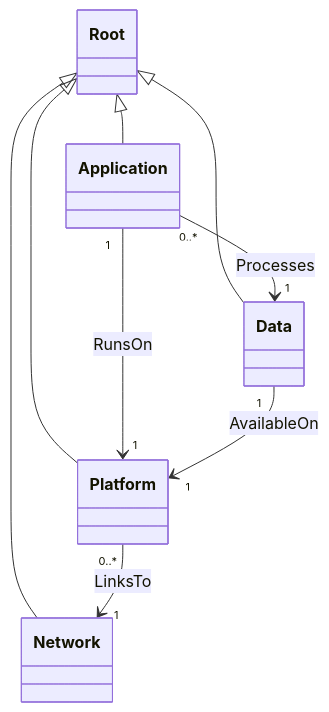
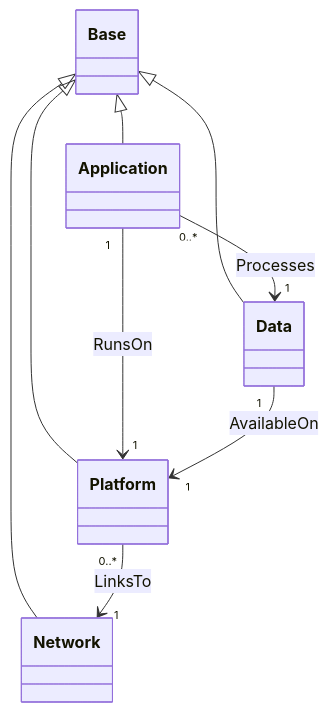
The diagram in profiles/community/tosca/base/README.md (oasis-open/tosca-community-contributions), drawn with Mermaid before and after one commit. The commit also changed other lines of this file, not shown here.

Commit message:
Minor edits

````diff
--- a/profiles/community/tosca/base/README.md
+++ b/profiles/community/tosca/base/README.md
@@ -13,11 +13,11 @@
 ```mermaid
 classDiagram
-    Root <|-- Data
-    Root <|-- Application
-    Root <|-- Network
-    Root <|-- Platform
+    Base <|-- Data
+    Base <|-- Application
+    Base <|-- Network
+    Base <|-- Platform
     Application "0..*" --> "1" Data:Processes
     Application "1" --> "1" Platform:RunsOn
     Platform "0..*" --> "1" Network:LinksTo
     Data "1" --> "1" Platform:AvailableOn
 ```
````
